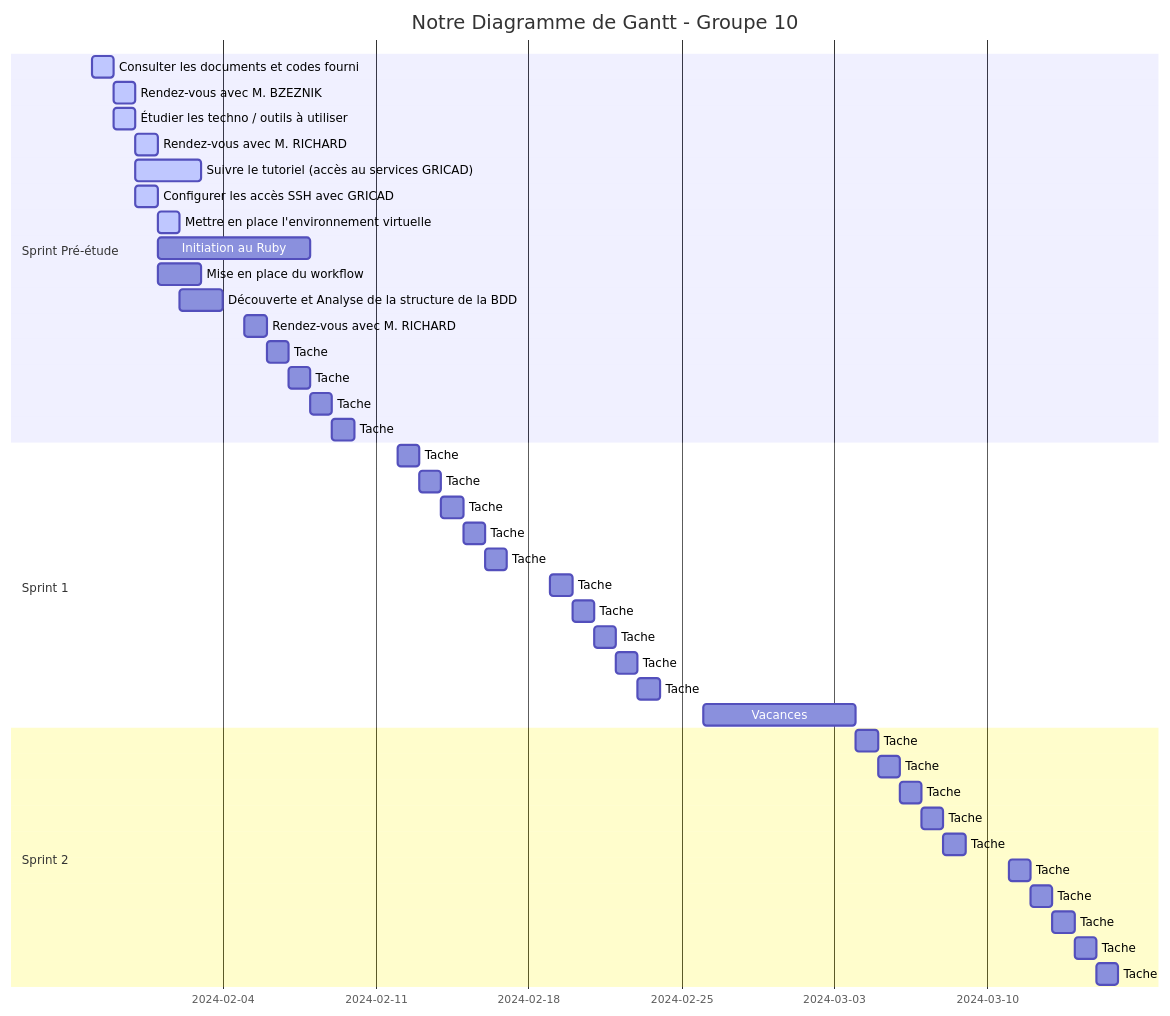
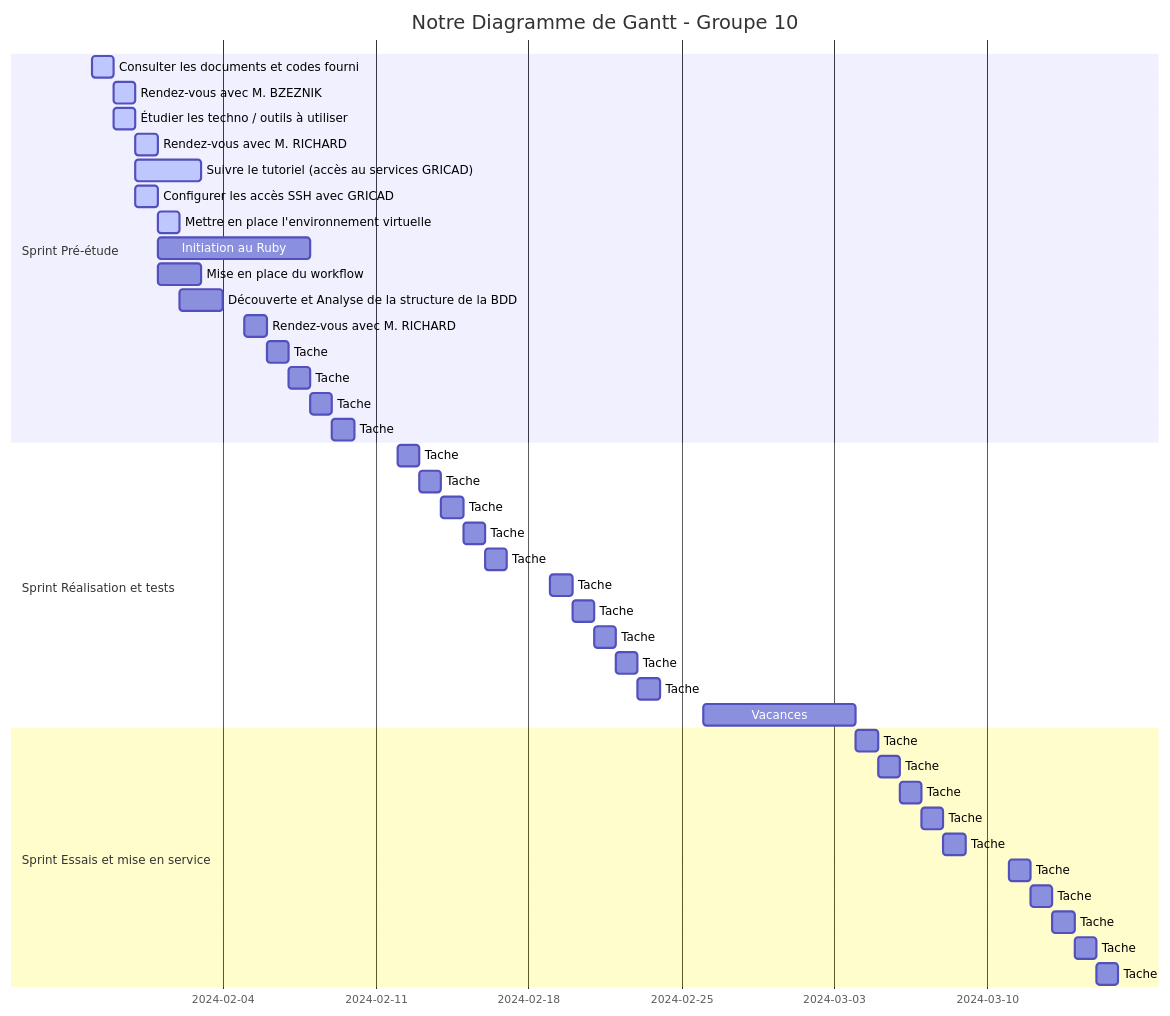
One commit to 2023-2024-PROJET-S10-G10/docs changed the diagram in gantt_diagram.md. Above: the diagram before and after it, drawn with Mermaid. The commit also changed 4 other files, not shown here.

Commit message:
updated logbook, daily_meeting, ganntt_diagram, and orga.md

````diff
--- a/gantt_diagram.md
+++ b/gantt_diagram.md
@@ -1,44 +1,44 @@
 ```mermaid
 gantt
     title Notre Diagramme de Gantt - Groupe 10
     dateFormat YYYY-MM-DD
     section Sprint Pré-étude
         Consulter les documents et codes fourni                         :active, 2024-01-29, 1d
         Rendez-vous avec M. BZEZNIK                                     :active, 2024-01-30, 1d
         Étudier les techno / outils à utiliser                          :active, 2024-01-30, 1d
         Rendez-vous avec M. RICHARD                                     :active, 2024-01-31, 1d
         Suivre le tutoriel (accès au services GRICAD)                   :active, 2024-01-31, 3d
         Configurer les accès SSH avec GRICAD                            :active, 2024-01-31, 1d
         Mettre en place l'environnement virtuelle                       :active, 2024-02-01, 1d
         Initiation au Ruby                                              : 2024-02-01, 7d
         Mise en place du workflow                                       : 2024-02-01, 2d
         Découverte et Analyse de la structure de la BDD                 : 2024-02-02, 2d
         Rendez-vous avec M. RICHARD                        : 2024-02-05, 1d
         Tache                        : 2024-02-06, 1d
         Tache                        : 2024-02-07, 1d
         Tache                        : 2024-02-08, 1d
         Tache                        : 2024-02-09, 1d
-    section  Sprint 1
+    section  Sprint Réalisation et tests
         Tache                        : 2024-02-12, 1d
         Tache                        : 2024-02-13, 1d
         Tache                        : 2024-02-14, 1d
         Tache                        : 2024-02-15, 1d
         Tache                        : 2024-02-16, 1d
         Tache                        : 2024-02-19, 1d
         Tache                        : 2024-02-20, 1d
         Tache                        : 2024-02-21, 1d
         Tache                        : 2024-02-22, 1d
         Tache                        : 2024-02-23, 1d
         Vacances                        : 2024-02-26, 7d
-    section  Sprint 2
+    section  Sprint Essais et mise en service
         Tache                        : 2024-03-04, 1d
         Tache                        : 2024-03-05, 1d
         Tache                        : 2024-03-06, 1d
         Tache                        : 2024-03-07, 1d
         Tache                        : 2024-03-08, 1d
         Tache                        : 2024-03-11, 1d
         Tache                        : 2024-03-12, 1d
         Tache                        : 2024-03-13, 1d
         Tache                        : 2024-03-14, 1d
         Tache                        : 2024-03-15, 1d
 ```
````
